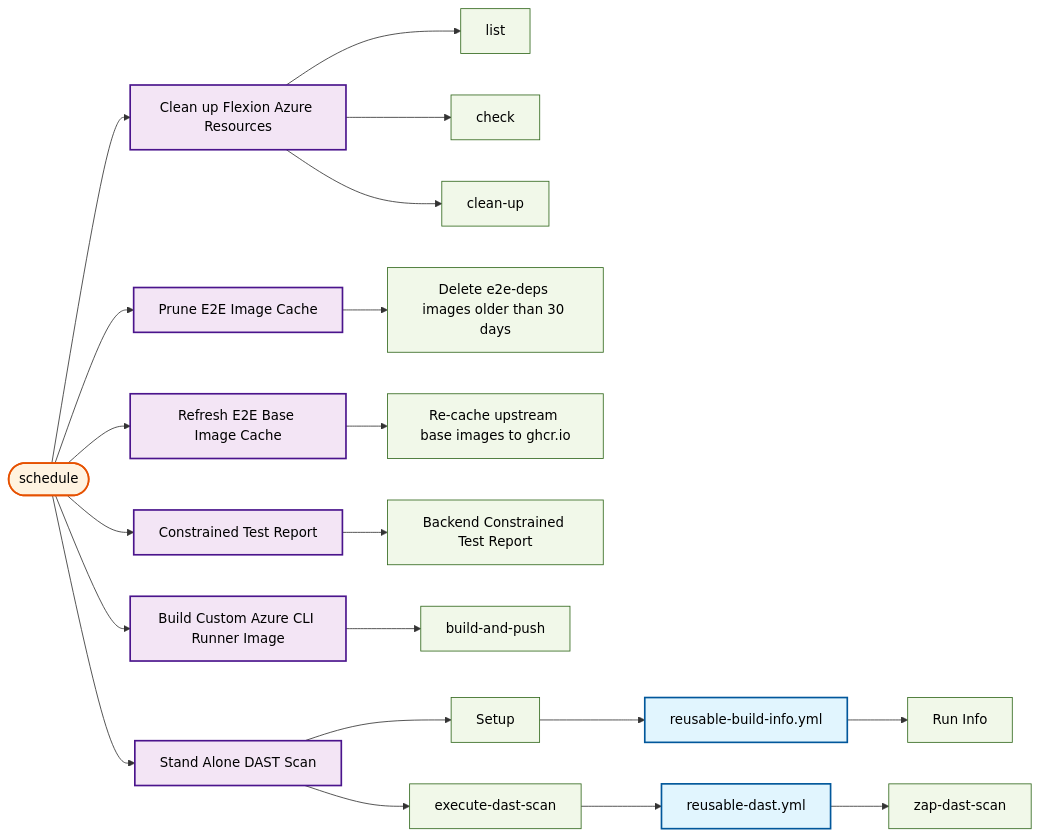
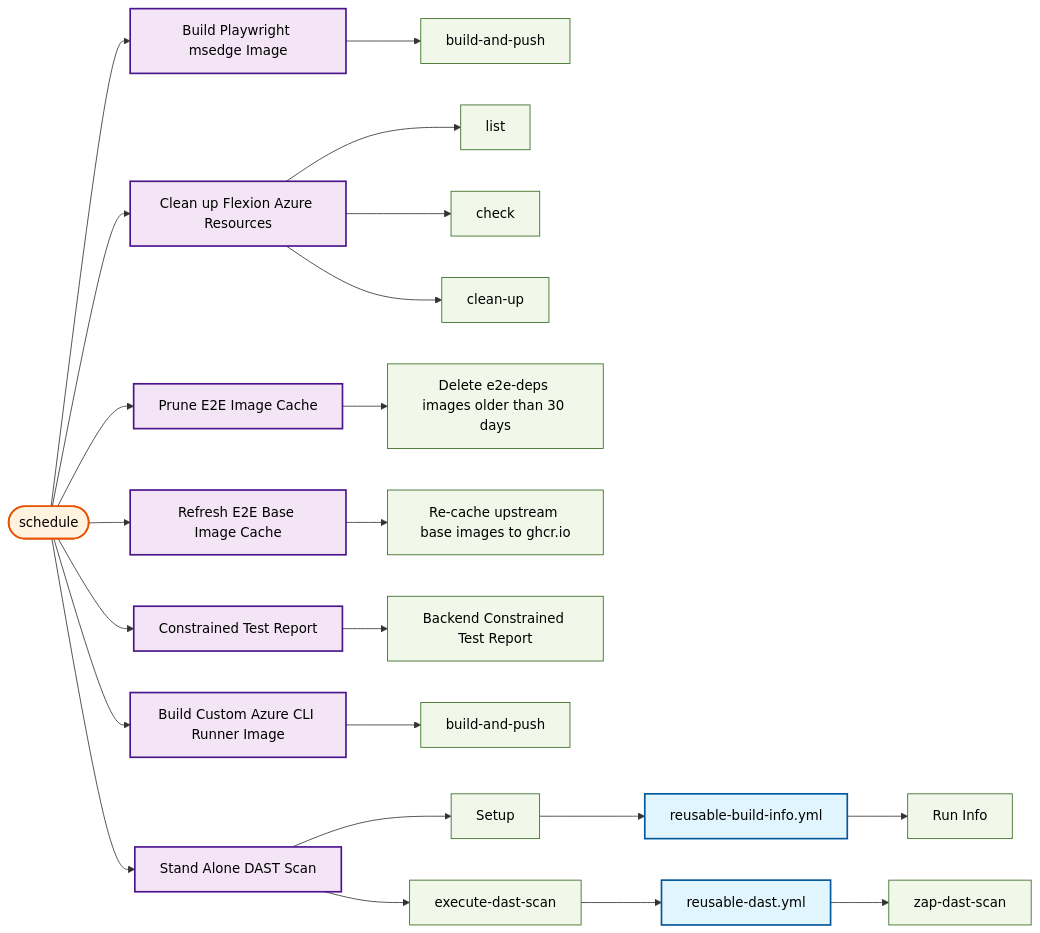
One commit to US-Trustee-Program/Bankruptcy-Oversight-Support-Systems changed the ninth of 25 diagrams in docs/operations/workflow-diagram.md. Above: the diagram before and after it, drawn with Mermaid. The commit also changed other lines of this file and 2 other files, not shown here.

First line of the commit message:
Add build pipeline for Playwright msedge image

````diff
--- a/docs/operations/workflow-diagram.md
+++ b/docs/operations/workflow-diagram.md
@@ -464,69 +472,75 @@
 ```mermaid
 flowchart LR
     trigger_schedule(["schedule"])
+    build_playwright_msedge_image_yml["Build Playwright msedge Image"]
+    build_playwright_msedge_image_yml_build_and_push["build-and-push"]
     azure_remove_branch_yml["Clean up Flexion Azure Resources"]
     azure_remove_branch_yml_list["list"]
     azure_remove_branch_yml_check["check"]
     azure_remove_branch_yml_clean_up["clean-up"]
     prune_e2e_image_cache_yml["Prune E2E Image Cache"]
     prune_e2e_image_cache_yml_prune["Delete e2e-deps images older than 30 days"]
     refresh_e2e_base_images_yml["Refresh E2E Base Image Cache"]
     refresh_e2e_base_images_yml_refresh["Re-cache upstream base images to ghcr.io"]
     constrained_test_report_yml["Constrained Test Report"]
     constrained_test_report_yml_constrained_test_report["Backend Constrained Test Report"]
     build_azure_cli_image_yml["Build Custom Azure CLI Runner Image"]
     build_azure_cli_image_yml_build_and_push["build-and-push"]
     dast_scan_yml["Stand Alone DAST Scan"]
     dast_scan_yml_setup["Setup"]
     reusable_build_info_yml["reusable-build-info.yml"]
     reusable_build_info_yml_build_info["Run Info"]
     dast_scan_yml_execute_dast_scan["execute-dast-scan"]
     reusable_dast_yml["reusable-dast.yml"]
     reusable_dast_yml_zap_dast_scan["zap-dast-scan"]
 
+    trigger_schedule --> build_playwright_msedge_image_yml
+    build_playwright_msedge_image_yml --> build_playwright_msedge_image_yml_build_and_push
     trigger_schedule --> azure_remove_branch_yml
     azure_remove_branch_yml --> azure_remove_branch_yml_list
     azure_remove_branch_yml --> azure_remove_branch_yml_check
     azure_remove_branch_yml --> azure_remove_branch_yml_clean_up
     trigger_schedule --> prune_e2e_image_cache_yml
     prune_e2e_image_cache_yml --> prune_e2e_image_cache_yml_prune
     trigger_schedule --> refresh_e2e_base_images_yml
     refresh_e2e_base_images_yml --> refresh_e2e_base_images_yml_refresh
     trigger_schedule --> constrained_test_report_yml
     constrained_test_report_yml --> constrained_test_report_yml_constrained_test_report
     trigger_schedule --> build_azure_cli_image_yml
     build_azure_cli_image_yml --> build_azure_cli_image_yml_build_and_push
     trigger_schedule --> dast_scan_yml
     dast_scan_yml --> dast_scan_yml_setup
     reusable_build_info_yml --> reusable_build_info_yml_build_info
     dast_scan_yml_setup --> reusable_build_info_yml
     dast_scan_yml --> dast_scan_yml_execute_dast_scan
     reusable_dast_yml --> reusable_dast_yml_zap_dast_scan
     dast_scan_yml_execute_dast_scan --> reusable_dast_yml
 
     classDef reusable fill:#e1f5fe,stroke:#01579b,stroke-width:2px,color:#000000
     classDef mainWorkflow fill:#f3e5f5,stroke:#4a148c,stroke-width:2px,color:#000000
     classDef trigger fill:#fff3e0,stroke:#e65100,stroke-width:2px,color:#000000
     classDef job fill:#f1f8e9,stroke:#33691e,stroke-width:1px,color:#000000
 
     class trigger_schedule trigger
+    class build_playwright_msedge_image_yml mainWorkflow
+    class build_playwright_msedge_image_yml_build_and_push job
     class azure_remove_branch_yml mainWorkflow
     class azure_remove_branch_yml_list job
     class azure_remove_branch_yml_check job
     class azure_remove_branch_yml_clean_up job
     class prune_e2e_image_cache_yml mainWorkflow
     class prune_e2e_image_cache_yml_prune job
     class refresh_e2e_base_images_yml mainWorkflow
     class refresh_e2e_base_images_yml_refresh job
     class constrained_test_report_yml mainWorkflow
     class constrained_test_report_yml_constrained_test_report job
     class build_azure_cli_image_yml mainWorkflow
     class build_azure_cli_image_yml_build_and_push job
     class dast_scan_yml mainWorkflow
     class dast_scan_yml_setup job
     class reusable_build_info_yml reusable
     class reusable_build_info_yml_build_info job
     class dast_scan_yml_execute_dast_scan job
     class reusable_dast_yml reusable
     class reusable_dast_yml_zap_dast_scan job
 ```
````
